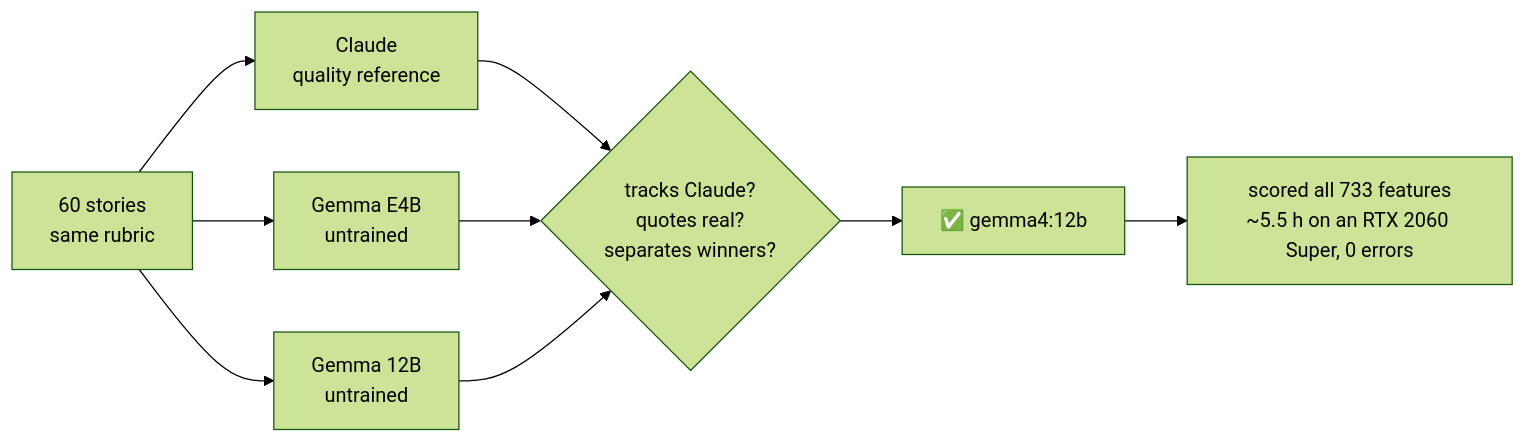
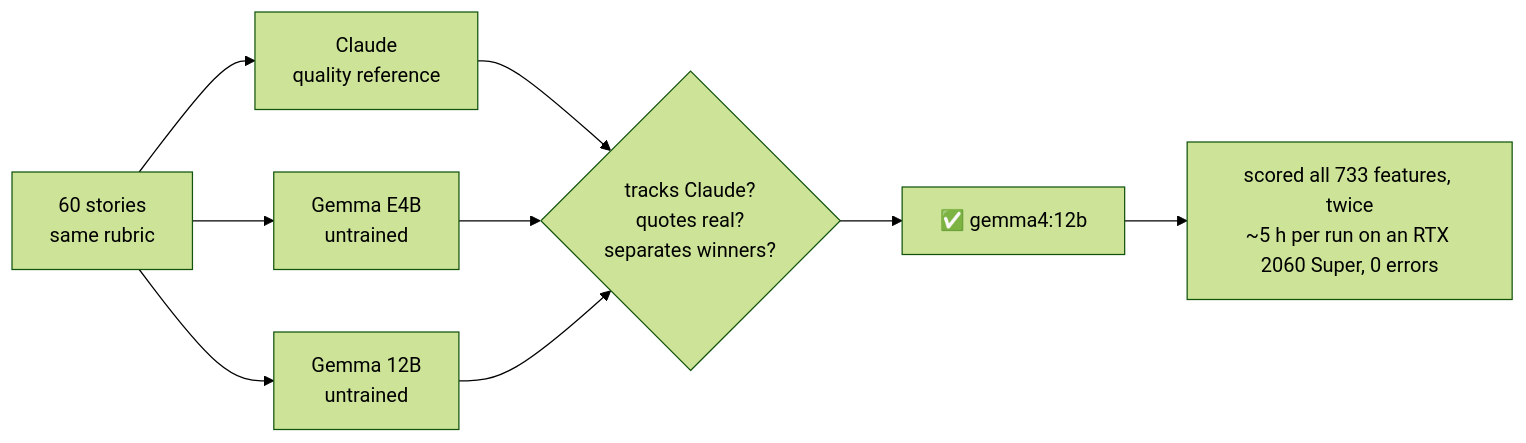
Before and after one commit to jasqnlu/Best-of-sno-llm-advisor: the sixth of 6 diagrams in README.md, drawn with Mermaid (forest theme). The commit also changed other lines of this file and 3 other files, not shown here.

````diff
--- a/README.md
+++ b/README.md
@@ -330,9 +331,9 @@
 ```mermaid
 flowchart LR
     s["60 stories<br/>same rubric"] --> c["Claude<br/>quality reference"]
     s --> g4["Gemma E4B<br/>untrained"]
     s --> g12["Gemma 12B<br/>untrained"]
     c & g4 & g12 --> pick{"tracks Claude?<br/>quotes real?<br/>separates winners?"}
     pick --> chosen["✅ gemma4:12b"]
-    chosen --> all["scored all 733 features<br/>~5.5 h on an RTX 2060 Super, 0 errors"]
+    chosen --> all["scored all 733 features, twice<br/>~5 h per run on an RTX 2060 Super, 0 errors"]
 ```
````
